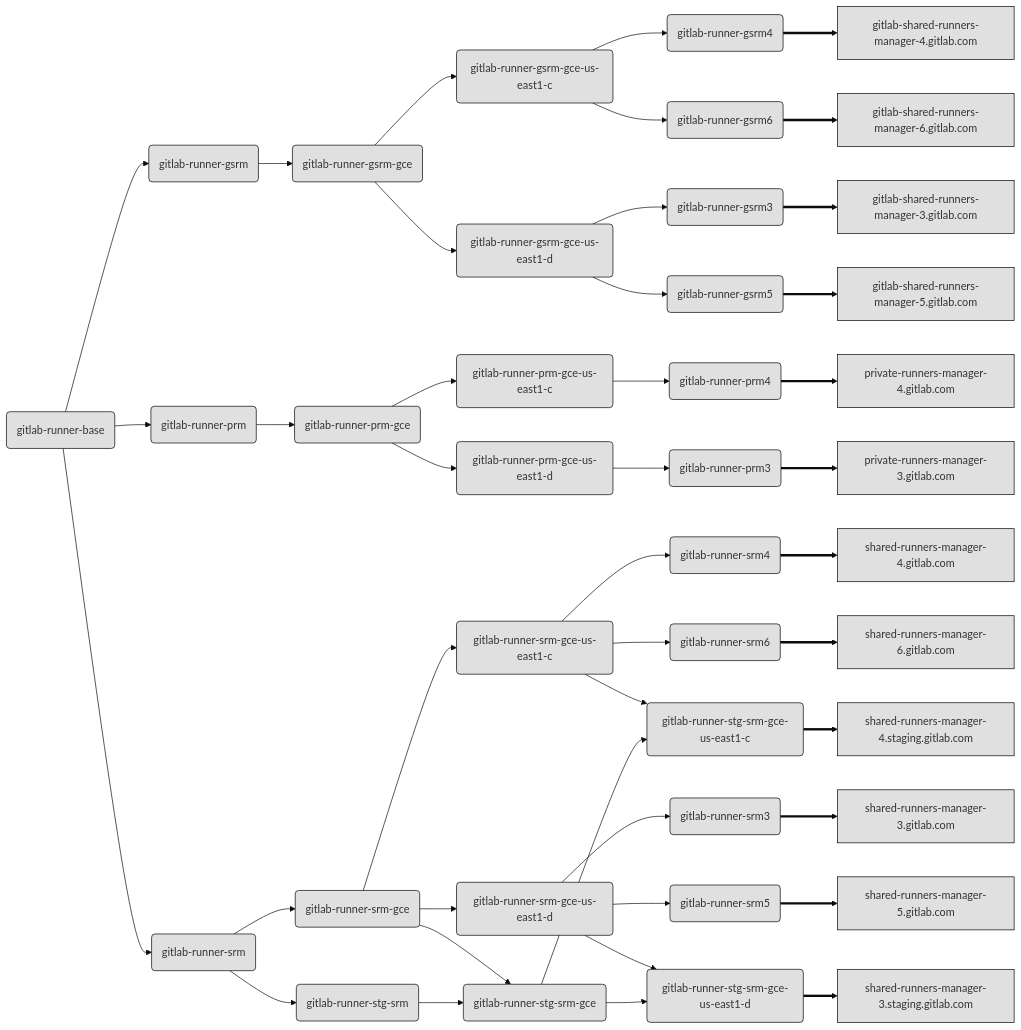
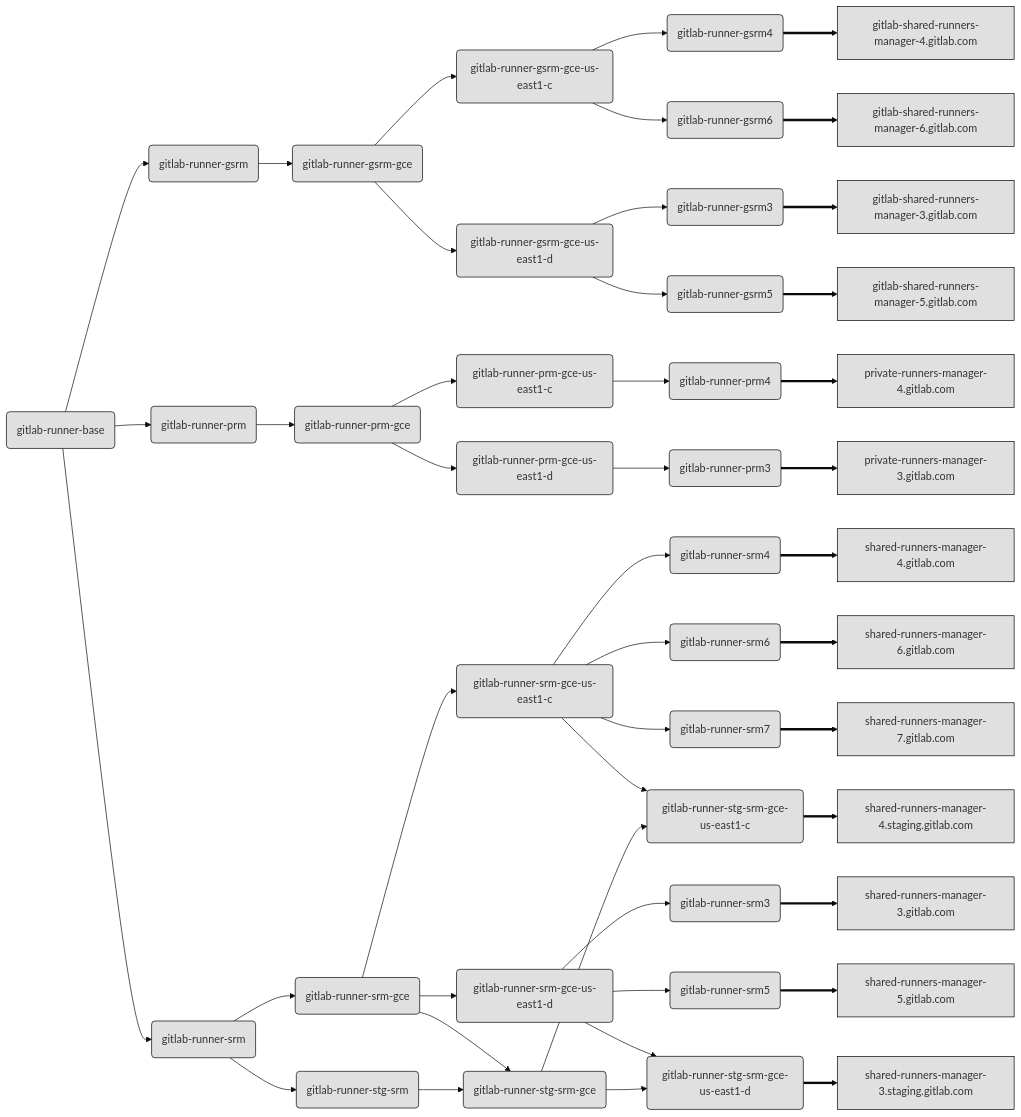
One commit to mattrussi/gitlab-com-runbooks changed the diagram in docs/runner/update-gitlab-runner-on-managers.md. Above: the diagram before and after it, drawn with Mermaid (base theme).

Commit message:
Add shared-runners-manager-7.gitlab.com
In https://gitlab.com/gitlab-com/gl-infra/infrastructure/-/issues/10858
we added a new runner manager to prevent some CPU saturation.

```diff
--- a/docs/runner/update-gitlab-runner-on-managers.md
+++ b/docs/runner/update-gitlab-runner-on-managers.md
@@ -33,6 +33,7 @@
     r::srm-gce-us-east1-d(gitlab-runner-srm-gce-us-east1-d)
     r::srm4(gitlab-runner-srm4)
     r::srm6(gitlab-runner-srm6)
+    r::srm7(gitlab-runner-srm7)
 
     r::stg-srm(gitlab-runner-stg-srm)
     r::stg-srm-gce(gitlab-runner-stg-srm-gce)
@@ -52,6 +53,7 @@
     n::srm4[shared-runners-manager-4.gitlab.com]
     n::srm5[shared-runners-manager-5.gitlab.com]
     n::srm6[shared-runners-manager-6.gitlab.com]
+    n::srm7[shared-runners-manager-7.gitlab.com]
 
     n::srm3::stg[shared-runners-manager-3.staging.gitlab.com]
     n::srm4::stg[shared-runners-manager-4.staging.gitlab.com]
@@ -85,6 +87,8 @@
     r::srm4 ==> n::srm4
     r::srm-gce-us-east1-c --> r::srm6
     r::srm6 ==> n::srm6
+    r::srm-gce-us-east1-c --> r::srm7
+    r::srm7 ==> n::srm7
     r::srm-gce --> r::srm-gce-us-east1-d
     r::srm-gce-us-east1-d --> r::srm3
     r::srm3 ==> n::srm3
```
